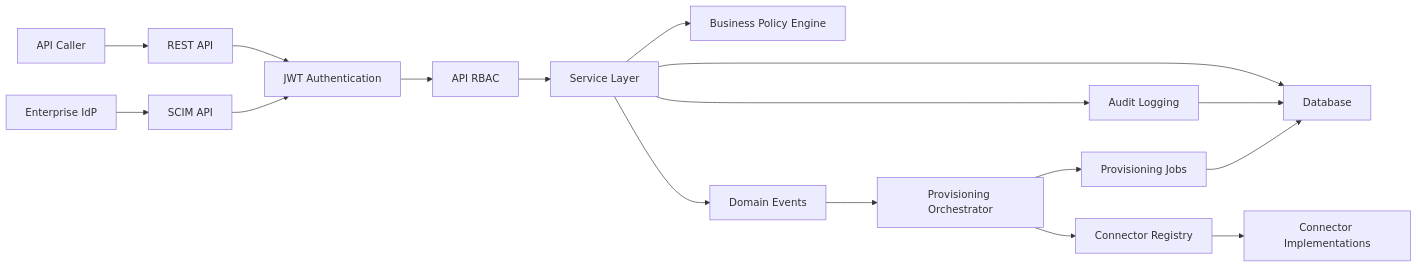
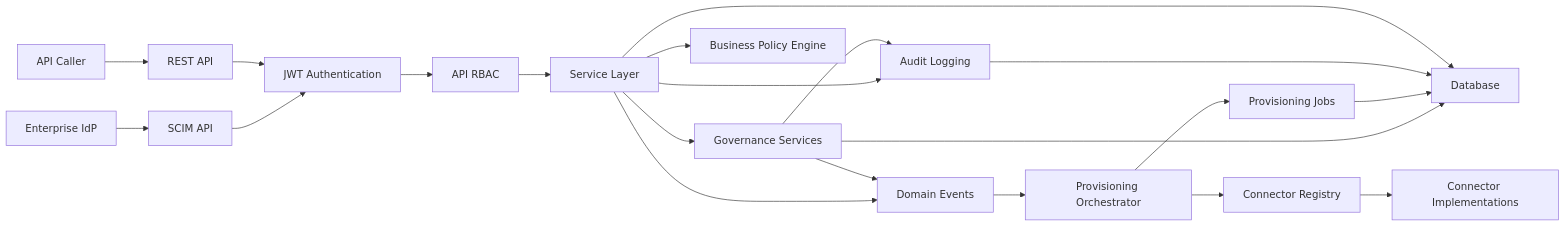
One commit to happelj/accessiq changed the first of 11 diagrams in docs/architecture.md. Above: the diagram before and after it, drawn with Mermaid. The commit also changed other lines of this file and 13 other files, not shown here.

````diff
--- a/docs/architecture.md
+++ b/docs/architecture.md
@@ -7,19 +7,23 @@
 ```mermaid
 flowchart LR
     IdP["Enterprise IdP"] --> SCIM["SCIM API"]
     User["API Caller"] --> REST["REST API"]
     SCIM --> Auth["JWT Authentication"]
     REST --> Auth
     Auth --> RBAC["API RBAC"]
     RBAC --> Services["Service Layer"]
+    Services --> Governance["Governance Services"]
     Services --> Policy["Business Policy Engine"]
     Services --> Audit["Audit Logging"]
     Services --> Events["Domain Events"]
+    Governance --> Audit
+    Governance --> Events
+    Governance --> DB
     Events --> Orchestrator["Provisioning Orchestrator"]
     Orchestrator --> Jobs["Provisioning Jobs"]
     Orchestrator --> Registry["Connector Registry"]
     Registry --> Connectors["Connector Implementations"]
     Jobs --> DB
     Audit --> DB["Database"]
     Services --> DB
 ```
````
